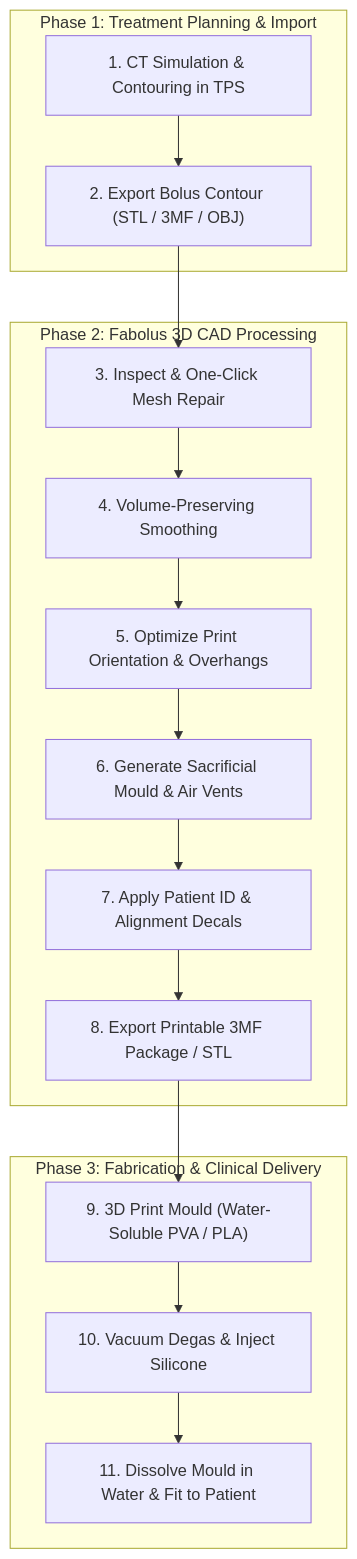
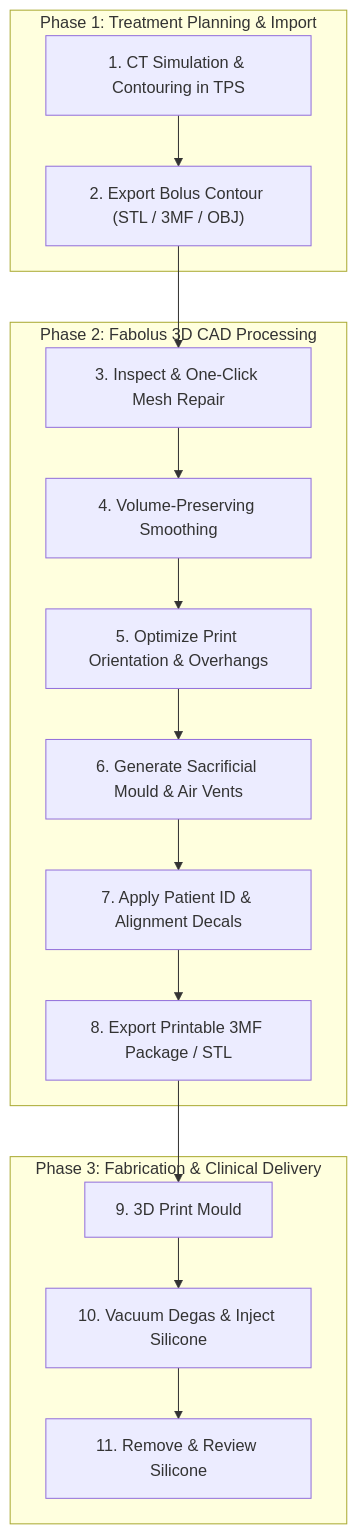
One commit to nsmela/Fabolus changed the diagram in docs/README.md. Above: the diagram before and after it, drawn with Mermaid. The commit also changed 1 other file, not shown here.

Commit message:
docs: update steps 9 and 11 in clinical workflow diagram

````diff
--- a/docs/README.md
+++ b/docs/README.md
@@ -60,22 +60,22 @@
 ```mermaid
 flowchart TD
     subgraph P1 ["Phase 1: Treatment Planning & Import"]
         A["1. CT Simulation & Contouring in TPS"] --> B["2. Export Bolus Contour (STL / 3MF / OBJ)"]
     end
 
     subgraph P2 ["Phase 2: Fabolus 3D CAD Processing"]
         C["3. Inspect & One-Click Mesh Repair"] --> D["4. Volume-Preserving Smoothing"]
         D --> E["5. Optimize Print Orientation & Overhangs"]
         E --> F["6. Generate Sacrificial Mould & Air Vents"]
         F --> G["7. Apply Patient ID & Alignment Decals"]
         G --> H["8. Export Printable 3MF Package / STL"]
     end
 
     subgraph P3 ["Phase 3: Fabrication & Clinical Delivery"]
-        I["9. 3D Print Mould (Water-Soluble PVA / PLA)"] --> J["10. Vacuum Degas & Inject Silicone"]
-        J --> K["11. Dissolve Mould in Water & Fit to Patient"]
+        I["9. 3D Print Mould"] --> J["10. Vacuum Degas & Inject Silicone"]
+        J --> K["11. Remove & Review Silicone"]
     end
 
     B --> C
     H --> I
 ```
````
